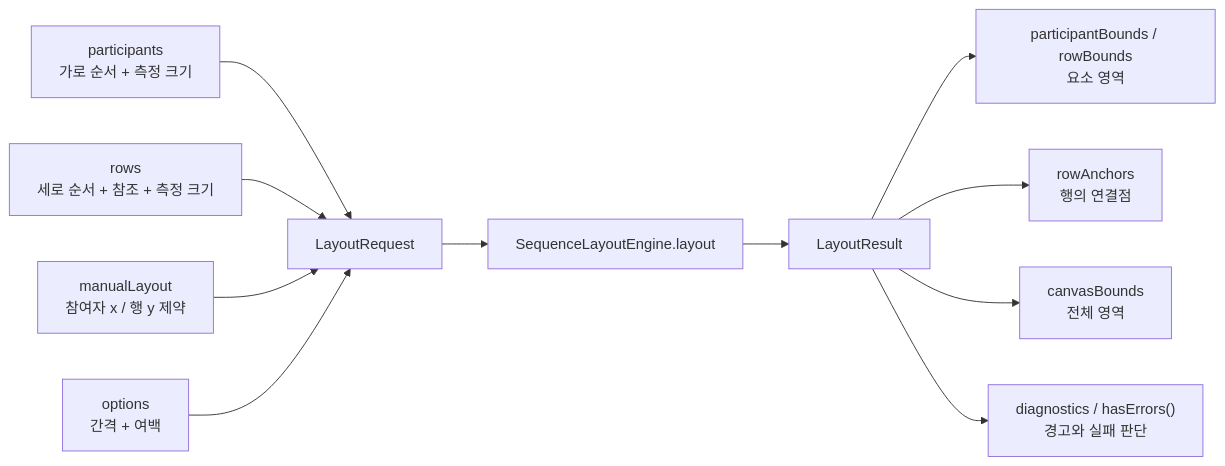
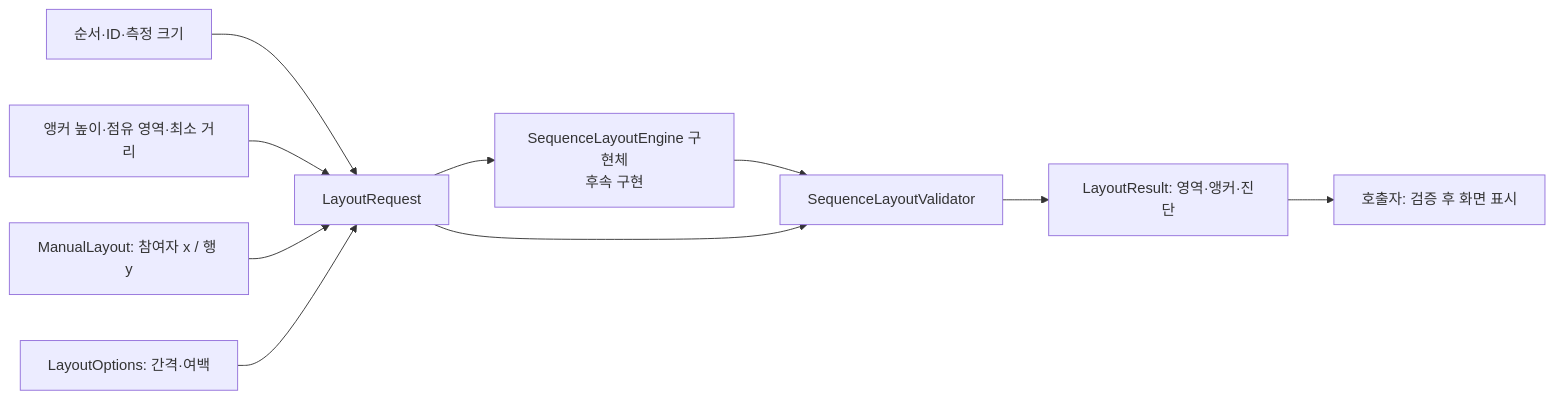
Before and after one commit to rlaqudwn1/SE2_UML: the diagram in docs/SEQUENCE_LAYOUT_CONTRACT.md, drawn with Mermaid. The commit also changed other lines of this file and 8 other files, not shown here.

Commit message:
feat: strengthen sequence layout contracts and independent validation

````diff
--- a/docs/SEQUENCE_LAYOUT_CONTRACT.md
+++ b/docs/SEQUENCE_LAYOUT_CONTRACT.md
@@ -48,13 +24,12 @@
 ```mermaid
 flowchart LR
-    P["participants<br/>가로 순서 + 측정 크기"] --> Q["LayoutRequest"]
-    R["rows<br/>세로 순서 + 참조 + 측정 크기"] --> Q
-    M["manualLayout<br/>참여자 x / 행 y 제약"] --> Q
-    O["options<br/>간격 + 여백"] --> Q
-    Q --> E["SequenceLayoutEngine.layout"]
-    E --> S["LayoutResult"]
-    S --> B["participantBounds / rowBounds<br/>요소 영역"]
-    S --> A["rowAnchors<br/>행의 연결점"]
-    S --> C["canvasBounds<br/>전체 영역"]
-    S --> D["diagnostics / hasErrors()<br/>경고와 실패 판단"]
+    I["순서·ID·측정 크기"] --> Q[LayoutRequest]
+    A["앵커 높이·점유 영역·최소 거리"] --> Q
+    M["ManualLayout: 참여자 x / 행 y"] --> Q
+    O["LayoutOptions: 간격·여백"] --> Q
+    Q --> E["SequenceLayoutEngine 구현체<br/>후속 구현"]
+    E --> V[SequenceLayoutValidator]
+    Q --> V
+    V --> R["LayoutResult: 영역·앵커·진단"]
+    R --> D["호출자: 검증 후 화면 표시"]
 ```
````
